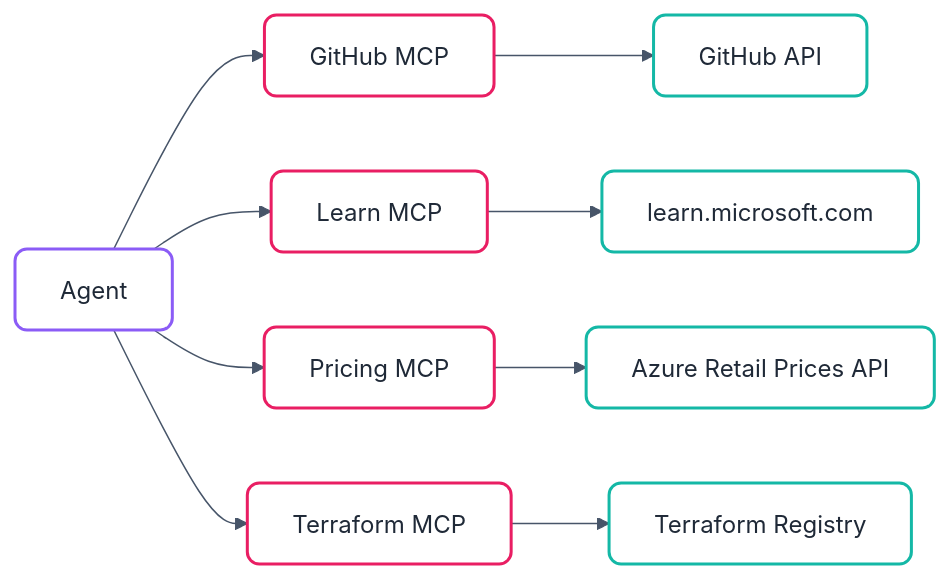
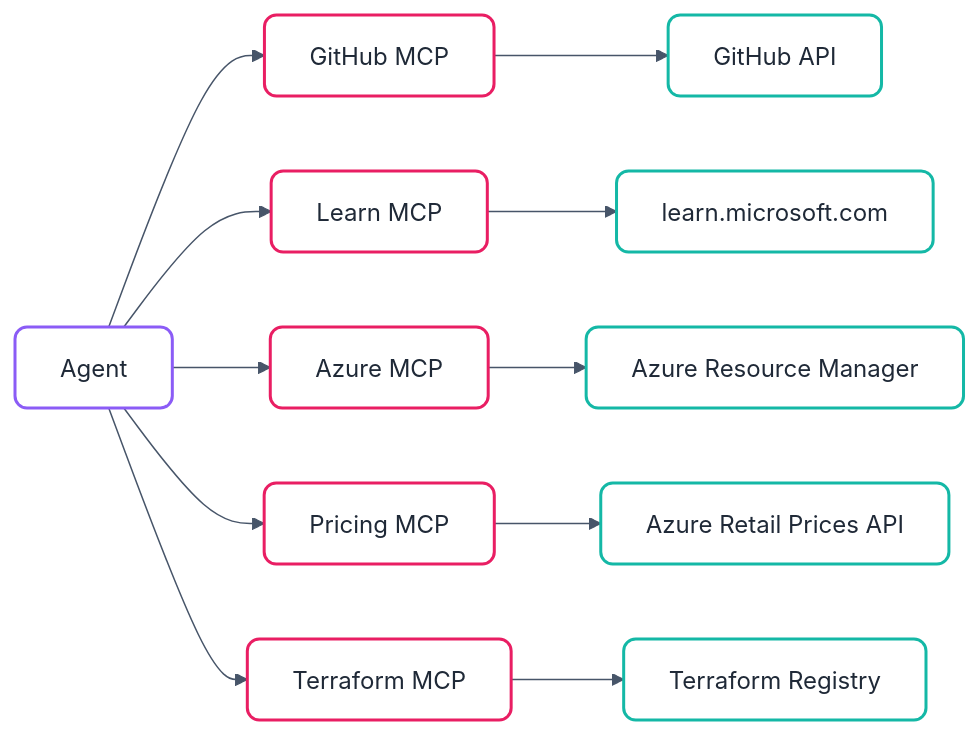
The fourth of 4 diagrams in docs/how-it-works.md (jonathan-vella/apex), drawn with Mermaid before and after one commit. The commit also changed other lines of this file and 50 other files, not shown here.

````diff
--- a/docs/how-it-works.md
+++ b/docs/how-it-works.md
@@ -971,32 +972,34 @@
 ```mermaid
 %%{
   init: {
     'theme': 'base',
     'themeVariables': {
       'primaryColor': '#ffffff',
       'primaryTextColor': '#333333',
       'primaryBorderColor': '#14b8a6',
       'lineColor': '#475569',
       'fontFamily': 'ui-sans-serif, system-ui, -apple-system, sans-serif'
     },
     'flowchart': {
       'curve': 'basis',
       'nodeSpacing': 50,
       'rankSpacing': 50
     }
   }
 }%%
 flowchart LR
     classDef default fill:#ffffff,stroke:#14b8a6,stroke-width:2px,color:#1f2937,rx:8px,ry:8px;
     classDef agent fill:#ffffff,stroke:#8b5cf6,stroke-width:2px,color:#1f2937,rx:8px,ry:8px;
     classDef mcp fill:#ffffff,stroke:#e91e63,stroke-width:2px,color:#1f2937,rx:8px,ry:8px;
 
     A["Agent"]:::agent --> M1["GitHub MCP"]:::mcp
     A --> M2["Learn MCP"]:::mcp
-    A --> M3["Pricing MCP"]:::mcp
-    A --> M4["Terraform MCP"]:::mcp
+    A --> M3["Azure MCP"]:::mcp
+    A --> M4["Pricing MCP"]:::mcp
+    A --> M5["Terraform MCP"]:::mcp
     M1 --> G["GitHub API"]
     M2 --> L["learn.microsoft.com"]
-    M3 --> P["Azure Retail Prices API"]
-    M4 --> T["Terraform Registry"]
+    M3 --> AZ["Azure Resource Manager"]
+    M4 --> P["Azure Retail Prices API"]
+    M5 --> T["Terraform Registry"]
 ```
````
